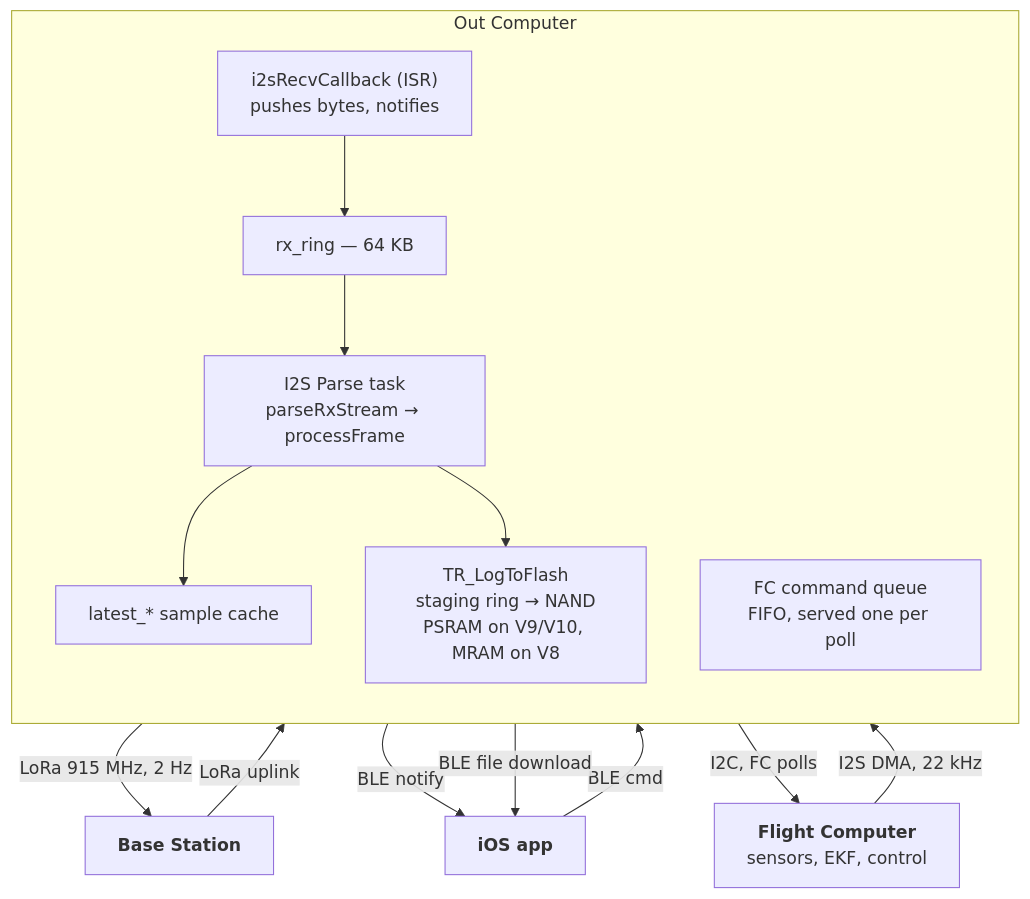
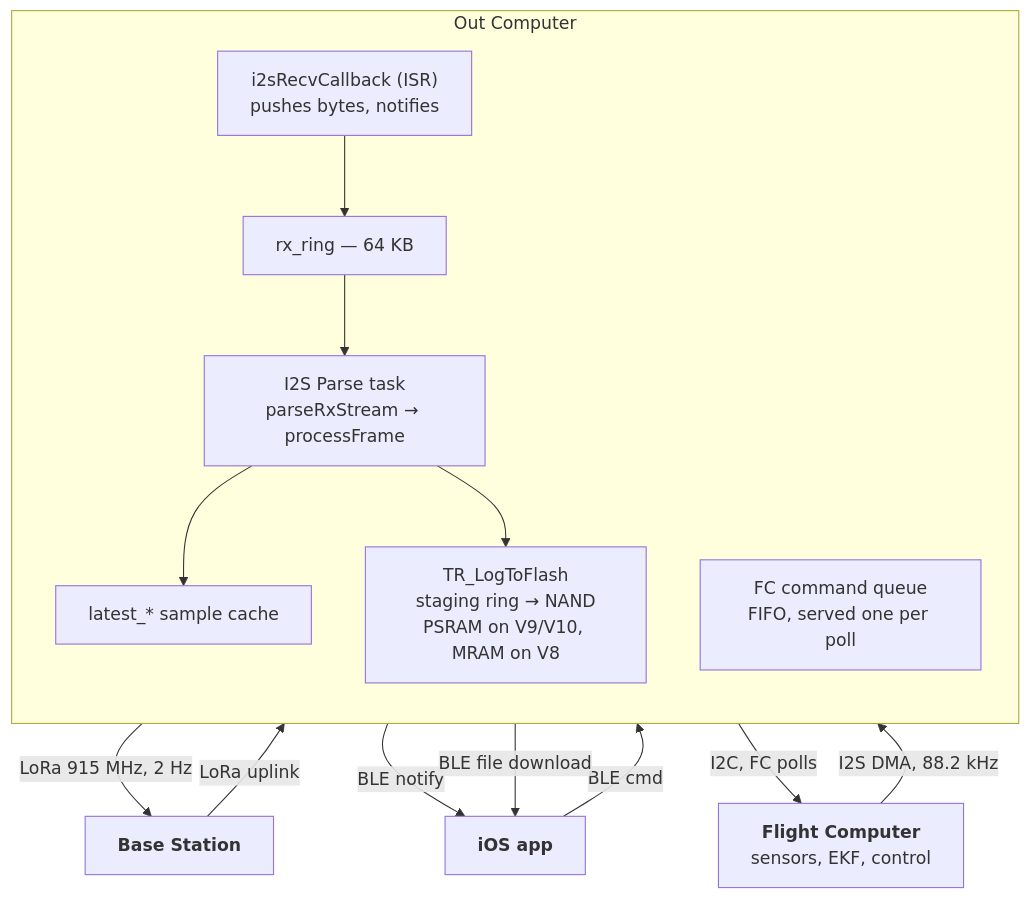
The second of 2 diagrams in docs/architecture/out-computer.md (Tinkerbug-Robotics/TinkerRocket), drawn with Mermaid before and after one commit. The commit also changed other lines of this file and 37 other files, not shown here.

````diff
--- a/docs/architecture/out-computer.md
+++ b/docs/architecture/out-computer.md
@@ -100,27 +100,27 @@
 ```mermaid
 flowchart TB
     FC["<b>Flight Computer</b><br/>sensors, EKF, control"]
 
     subgraph OC["Out Computer"]
         direction TB
         CB["i2sRecvCallback (ISR)<br/>pushes bytes, notifies"]
         RING["rx_ring — 64 KB"]
         PARSE["I2S Parse task<br/>parseRxStream → processFrame"]
         CACHE["latest_* sample cache"]
         LOG["TR_LogToFlash<br/>staging ring → NAND<br/>PSRAM on V9/V10, MRAM on V8"]
         CMDQ["FC command queue<br/>FIFO, served one per poll"]
     end
 
     PHONE["<b>iOS app</b>"]
     GROUND["<b>Base Station</b>"]
 
-    FC -->|"I2S DMA, 22 kHz"| CB --> RING --> PARSE
+    FC -->|"I2S DMA, 88.2 kHz"| CB --> RING --> PARSE
     PARSE --> CACHE
     PARSE --> LOG
     CACHE -->|"LoRa 915 MHz, 2 Hz"| GROUND
     CACHE -->|"BLE notify"| PHONE
     PHONE -->|"BLE cmd"| CMDQ
     GROUND -->|"LoRa uplink"| CMDQ
     CMDQ -->|"I2C, FC polls"| FC
     LOG -->|"BLE file download"| PHONE
 ```
````
